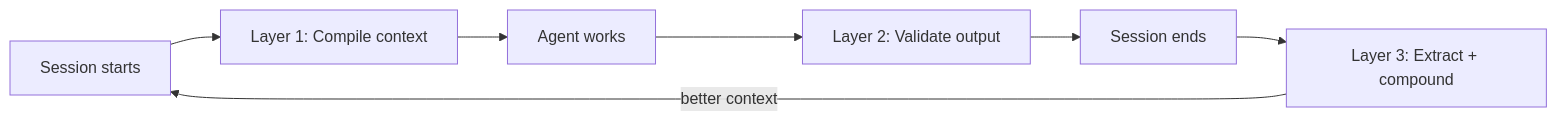
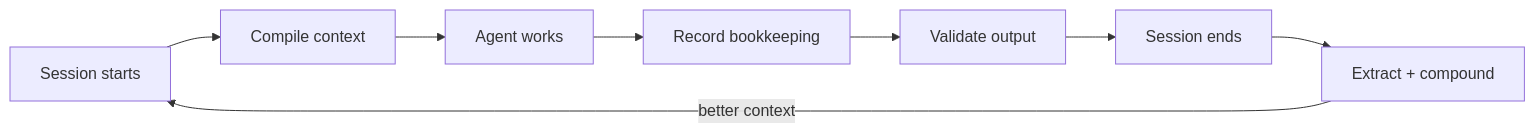
Before and after one commit to lguzzon-scratchbook/agentops: the diagram in README.md, drawn with Mermaid. The commit also changed other lines of this file and 4 other files, not shown here.

First line of the commit message:
docs(positioning): bookkeeping as 4th layer + factory framing (epic soc-sx99)

````diff
--- a/README.md
+++ b/README.md
@@ -136,9 +143,10 @@
 ```mermaid
 flowchart LR
-    S[Session starts] --> L1[Layer 1: Compile context]
+    S[Session starts] --> L1[Compile context]
     L1 --> W[Agent works]
-    W --> L2[Layer 2: Validate output]
+    W --> B[Record bookkeeping]
+    B --> L2[Validate output]
     L2 --> E[Session ends]
-    E --> L3[Layer 3: Extract + compound]
+    E --> L3[Extract + compound]
     L3 -->|better context| S
 ```
````
